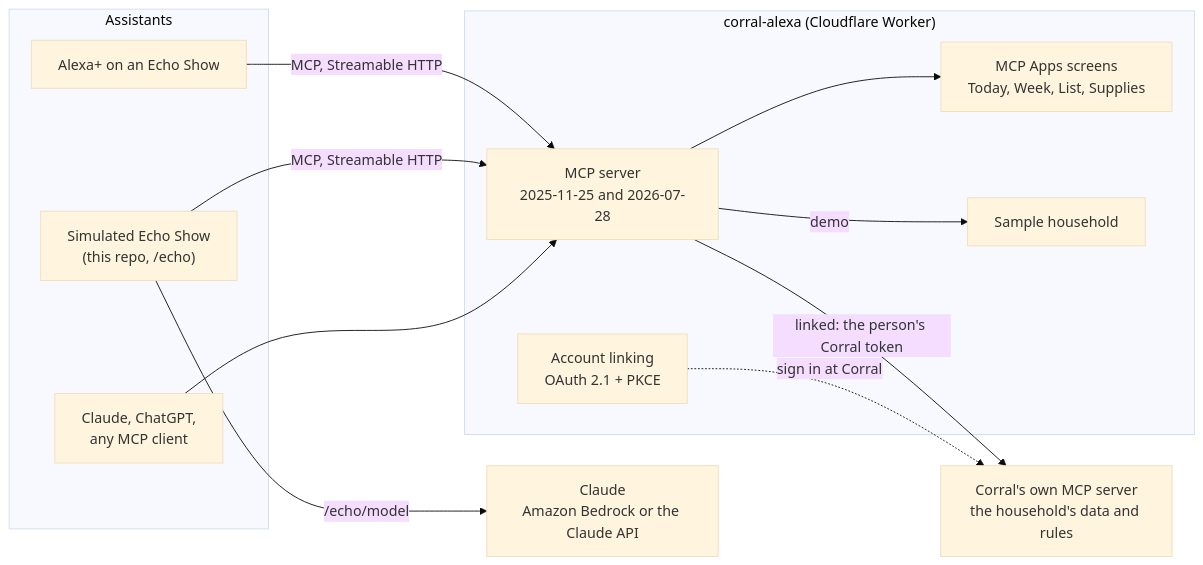
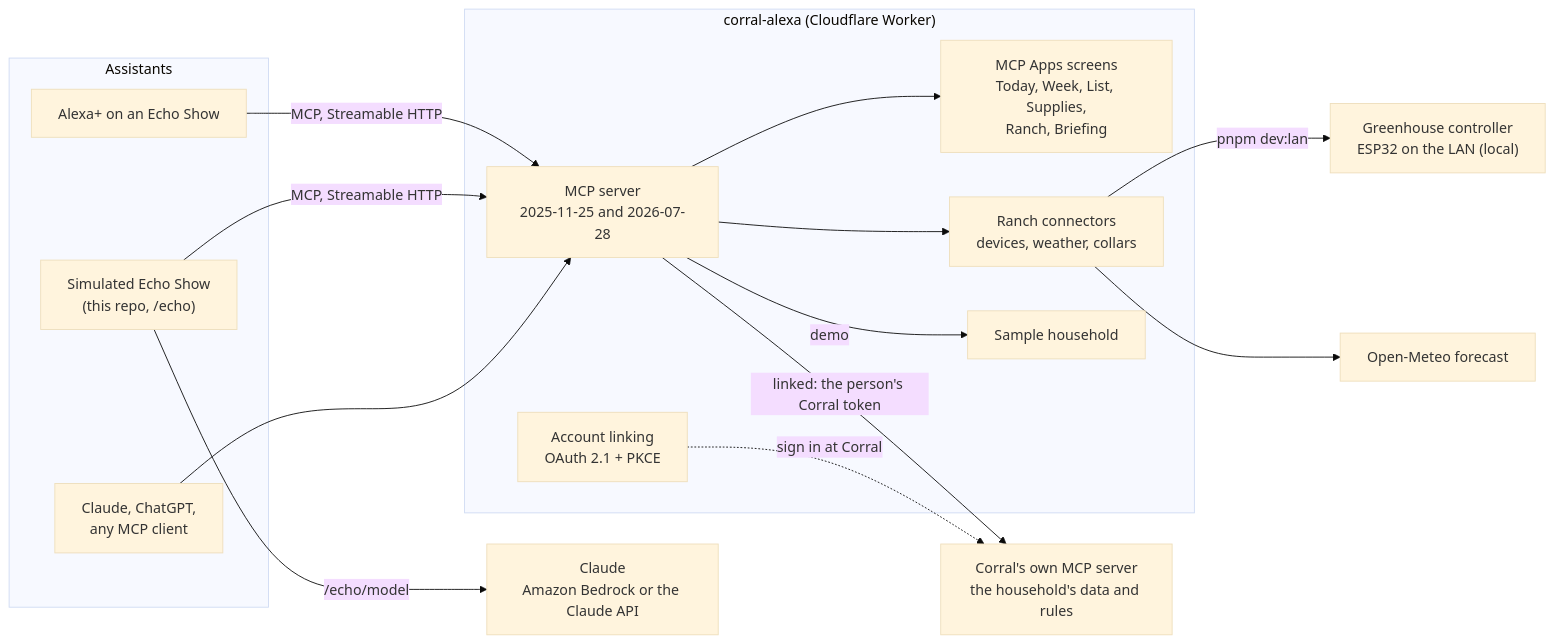
Before and after one commit to NMooreCo/corral-alexa: the diagram in README.md, drawn with Mermaid (base theme). The commit also changed other lines of this file, not shown here.

Commit message:
README: the ranch (its tools and two new screens, why they're generic, the greenhouse controller and Halo collars as connector-shaped sources, how devices fail safe), the local greenhouse connector (what goes in .dev.vars, pnpm dev:lan and why it exists, the fake controller), and the ranch's tests

````diff
--- a/README.md
+++ b/README.md
@@ -27,24 +33,30 @@
 ```mermaid
 flowchart LR
   subgraph Assistants
     A["Alexa+ on an Echo Show"]
     S["Simulated Echo Show<br/>(this repo, /echo)"]
     O["Claude, ChatGPT,<br/>any MCP client"]
   end
   subgraph Bridge["corral-alexa (Cloudflare Worker)"]
     M["MCP server<br/>2025-11-25 and 2026-07-28"]
-    U["MCP Apps screens<br/>Today, Week, List, Supplies"]
+    U["MCP Apps screens<br/>Today, Week, List, Supplies,<br/>Ranch, Briefing"]
+    R["Ranch connectors<br/>devices, weather, collars"]
     L["Account linking<br/>OAuth 2.1 + PKCE"]
     P["Sample household"]
   end
   B["Claude<br/>Amazon Bedrock or the Claude API"]
+  G["Greenhouse controller<br/>ESP32 on the LAN (local)"]
+  W["Open-Meteo forecast"]
   C["Corral's own MCP server<br/>the household's data and rules"]
   A -- "MCP, Streamable HTTP" --> M
   S -- "MCP, Streamable HTTP" --> M
   O --> M
   S -- "/echo/model" --> B
   M --> U
   M -- "linked: the person's Corral token" --> C
   M -- "demo" --> P
   L -. "sign in at Corral" .-> C
+  M --> R
+  R -- "pnpm dev:lan" --> G
+  R --> W
 ```
````
